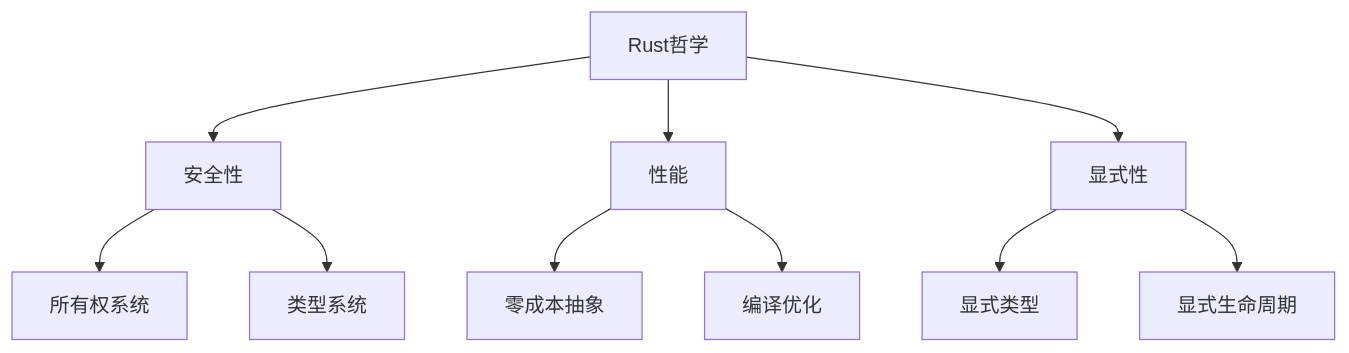
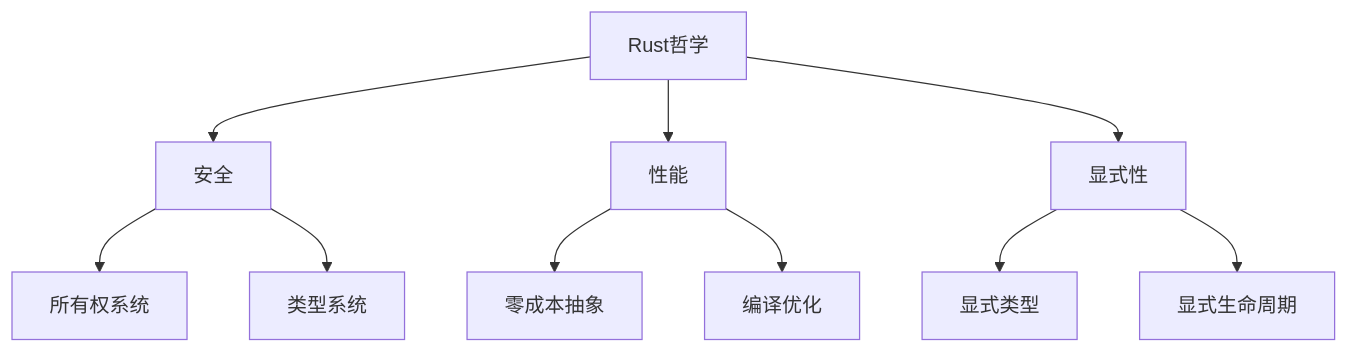
One commit to martin-ly/rust-lang changed the first of 5 diagrams in formal_rust/refactor/01_core_theory/01_language_foundations/01_rust_philosophy.md. Above: the diagram before and after it, drawn with Mermaid. The commit also changed other lines of this file and 5740 other files, not shown here.

````diff
--- a/formal_rust/refactor/01_core_theory/01_language_foundations/01_rust_philosophy.md
+++ b/formal_rust/refactor/01_core_theory/01_language_foundations/01_rust_philosophy.md
@@ -85,12 +85,12 @@
 ```mermaid
 graph TD
-    A[Rust哲学] --> B[安全性]
+    A[Rust哲学] --> B[安全]
     A --> C[性能]
     A --> D[显式性]
     B --> E[所有权系统]
     B --> F[类型系统]
     C --> G[零成本抽象]
     C --> H[编译优化]
     D --> I[显式类型]
     D --> J[显式生命周期]
 ```
````
